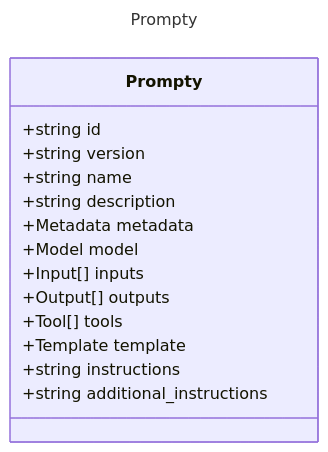
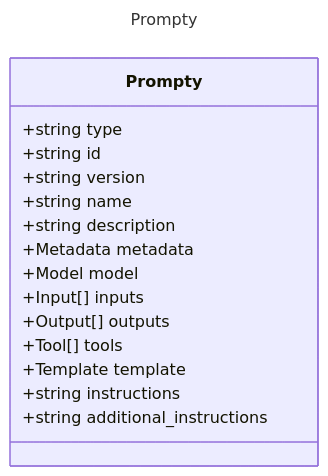
Before and after one commit to microsoft/prompty: the diagram in specification/prompty/docs/Prompty.md, drawn with Mermaid. The commit also changed other lines of this file and 4 other files, not shown here.

````diff
--- a/specification/prompty/docs/Prompty.md
+++ b/specification/prompty/docs/Prompty.md
@@ -12,20 +12,21 @@
 ```mermaid
 ---
 title: Prompty
 ---
 classDiagram
     class Prompty {
+        +string type
         +string id
         +string version
         +string name
         +string description
         +Metadata metadata
         +Model model
         +Input[] inputs
         +Output[] outputs
         +Tool[] tools
         +Template template
         +string instructions
         +string additional_instructions
     }
 ```
````
